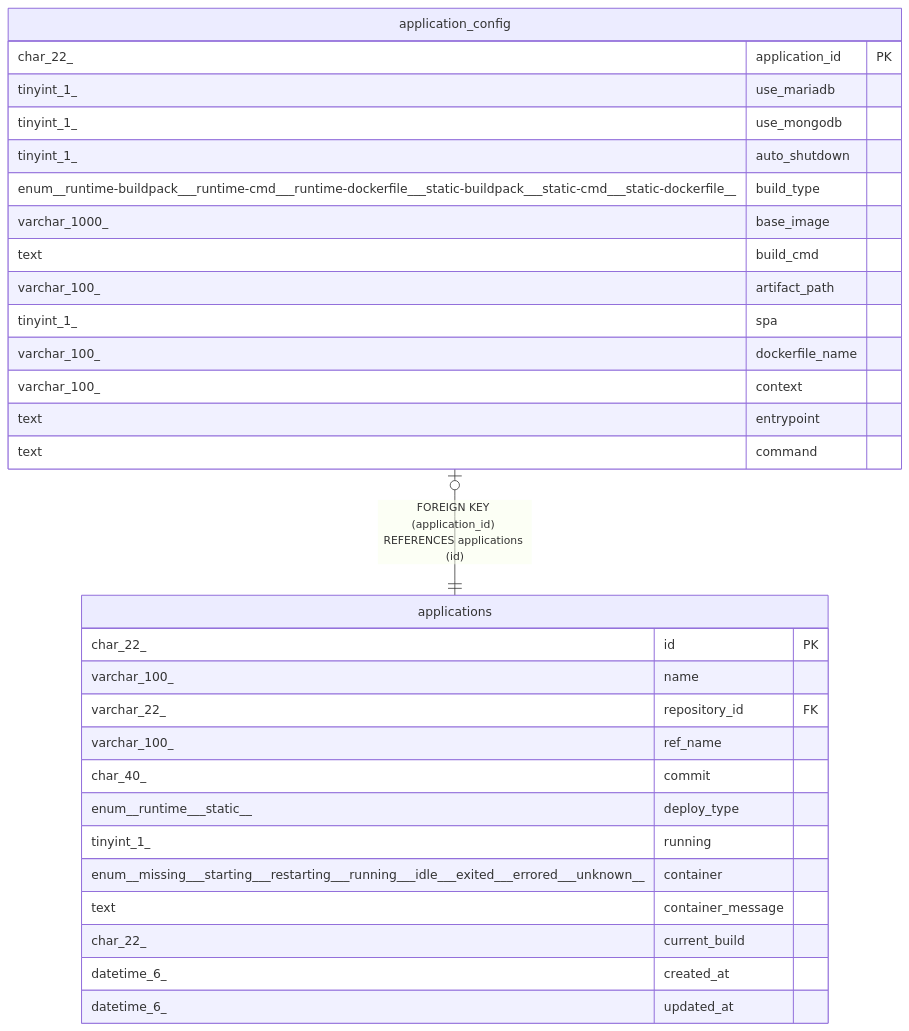
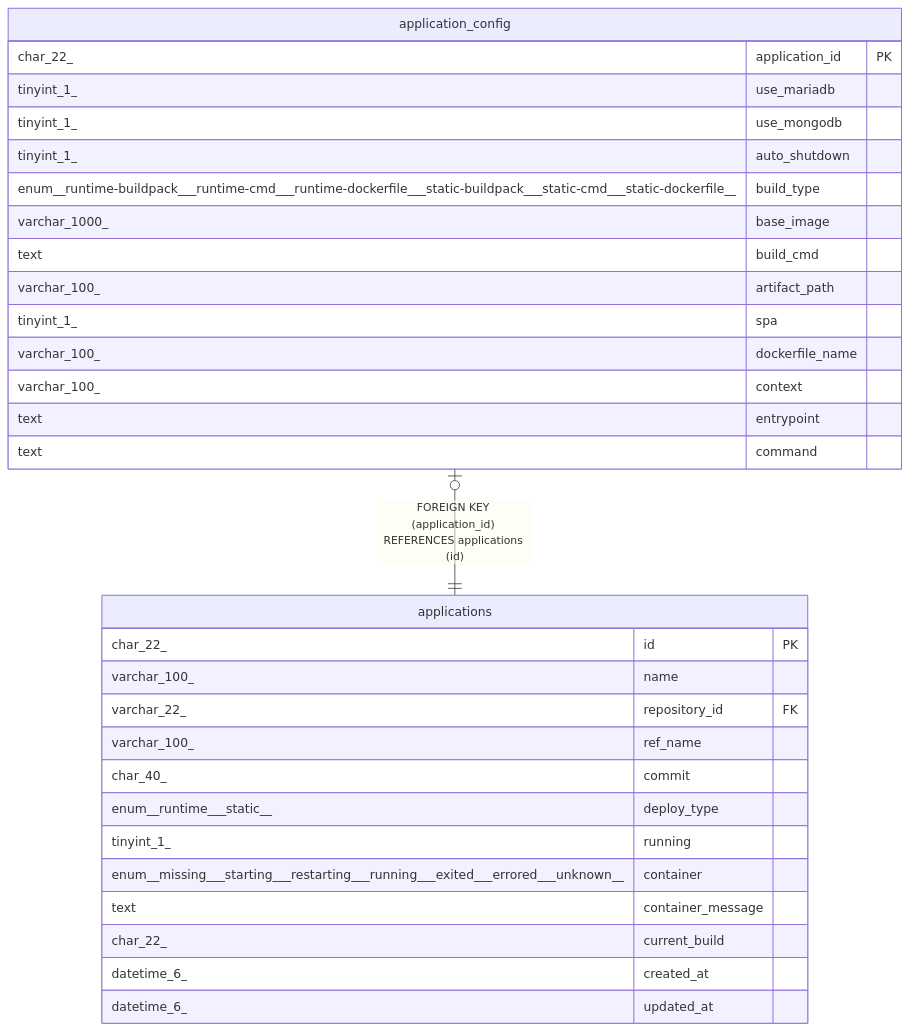
Before and after one commit to traPtitech/NeoShowcase: the diagram in docs/dbschema/application_config.md, drawn with Mermaid. The commit also changed 21 other files, not shown here.

Commit message:
remove: container state 'idle' from db and protobuf The state 'idle' was similar to 'missing' and was confusing.

````diff
--- a/docs/dbschema/application_config.md
+++ b/docs/dbschema/application_config.md
@@ -65,35 +65,35 @@
 ```mermaid
 erDiagram
 
 "application_config" |o--|| "applications" : "FOREIGN KEY (application_id) REFERENCES applications (id)"
 
 "application_config" {
   char_22_ application_id PK
   tinyint_1_ use_mariadb
   tinyint_1_ use_mongodb
   tinyint_1_ auto_shutdown
   enum__runtime-buildpack___runtime-cmd___runtime-dockerfile___static-buildpack___static-cmd___static-dockerfile__ build_type
   varchar_1000_ base_image
   text build_cmd
   varchar_100_ artifact_path
   tinyint_1_ spa
   varchar_100_ dockerfile_name
   varchar_100_ context
   text entrypoint
   text command
 }
 "applications" {
   char_22_ id PK
   varchar_100_ name
   varchar_22_ repository_id FK
   varchar_100_ ref_name
   char_40_ commit
   enum__runtime___static__ deploy_type
   tinyint_1_ running
-  enum__missing___starting___restarting___running___idle___exited___errored___unknown__ container
+  enum__missing___starting___restarting___running___exited___errored___unknown__ container
   text container_message
   char_22_ current_build
   datetime_6_ created_at
   datetime_6_ updated_at
 }
 ```
````
